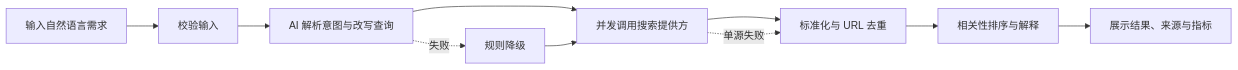
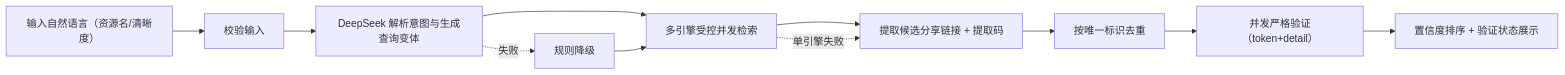
The diagram in docs/PRD.md (czczccc/QueryPilot), drawn with Mermaid before and after one commit. The commit also changed other lines of this file and 3 other files, not shown here.

````diff
--- a/docs/PRD.md
+++ b/docs/PRD.md
@@ -129,12 +130,13 @@
 ```mermaid
 flowchart LR
-    A["输入自然语言需求"] --> B["校验输入"]
-    B --> C["AI 解析意图与改写查询"]
-    C --> D["并发调用搜索提供方"]
-    D --> E["标准化与 URL 去重"]
-    E --> F["相关性排序与解释"]
-    F --> G["展示结果、来源与指标"]
-    C -. "失败" .-> H["规则降级"]
-    H --> D
-    D -. "单源失败" .-> E
+    A["输入自然语言（资源名/清晰度）"] --> B["校验输入"]
+    B --> C["DeepSeek 解析意图与生成查询变体"]
+    C --> D["多引擎受控并发检索"]
+    D --> E["提取候选分享链接 + 提取码"]
+    E --> F["按唯一标识去重"]
+    F --> G["并发严格验证（token+detail）"]
+    G --> H["置信度排序 + 验证状态展示"]
+    C -. "失败" .-> R["规则降级"]
+    R --> D
+    D -. "单引擎失败" .-> E
 ```
````
